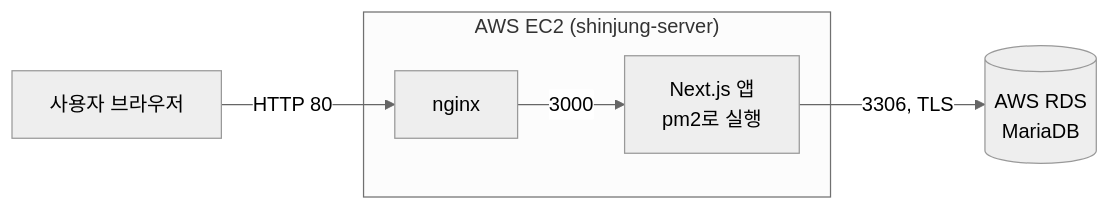
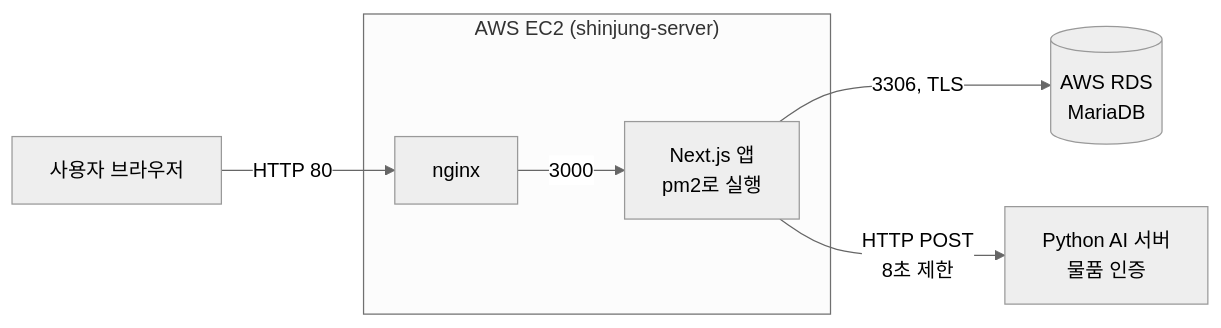
Before and after one commit to jungwoo135/C-5_capstone_team_project: the first of 2 diagrams in backend/README.md, drawn with Mermaid (neutral theme). The commit also changed other lines of this file and 56 other files, not shown here.

````diff
--- a/backend/README.md
+++ b/backend/README.md
@@ -62,8 +69,9 @@
 ```mermaid
 flowchart LR
     U[사용자 브라우저] -->|HTTP 80| N[nginx]
     subgraph EC2["AWS EC2 (shinjung-server)"]
         N -->|3000| A[Next.js 앱<br/>pm2로 실행]
     end
     A -->|3306, TLS| D[(AWS RDS<br/>MariaDB)]
+    A -->|HTTP POST<br/>8초 제한| P[Python AI 서버<br/>물품 인증]
 ```
````
